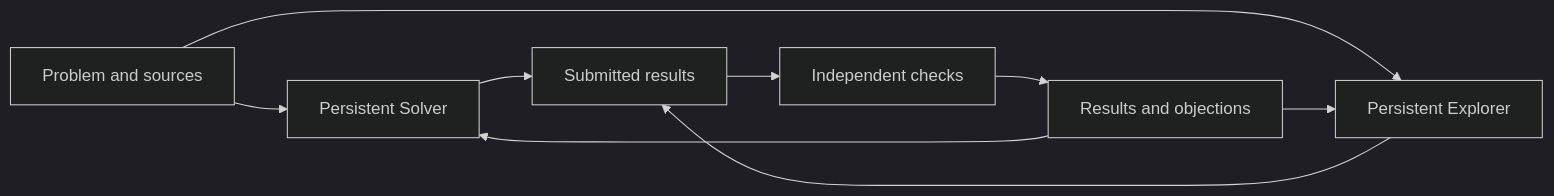
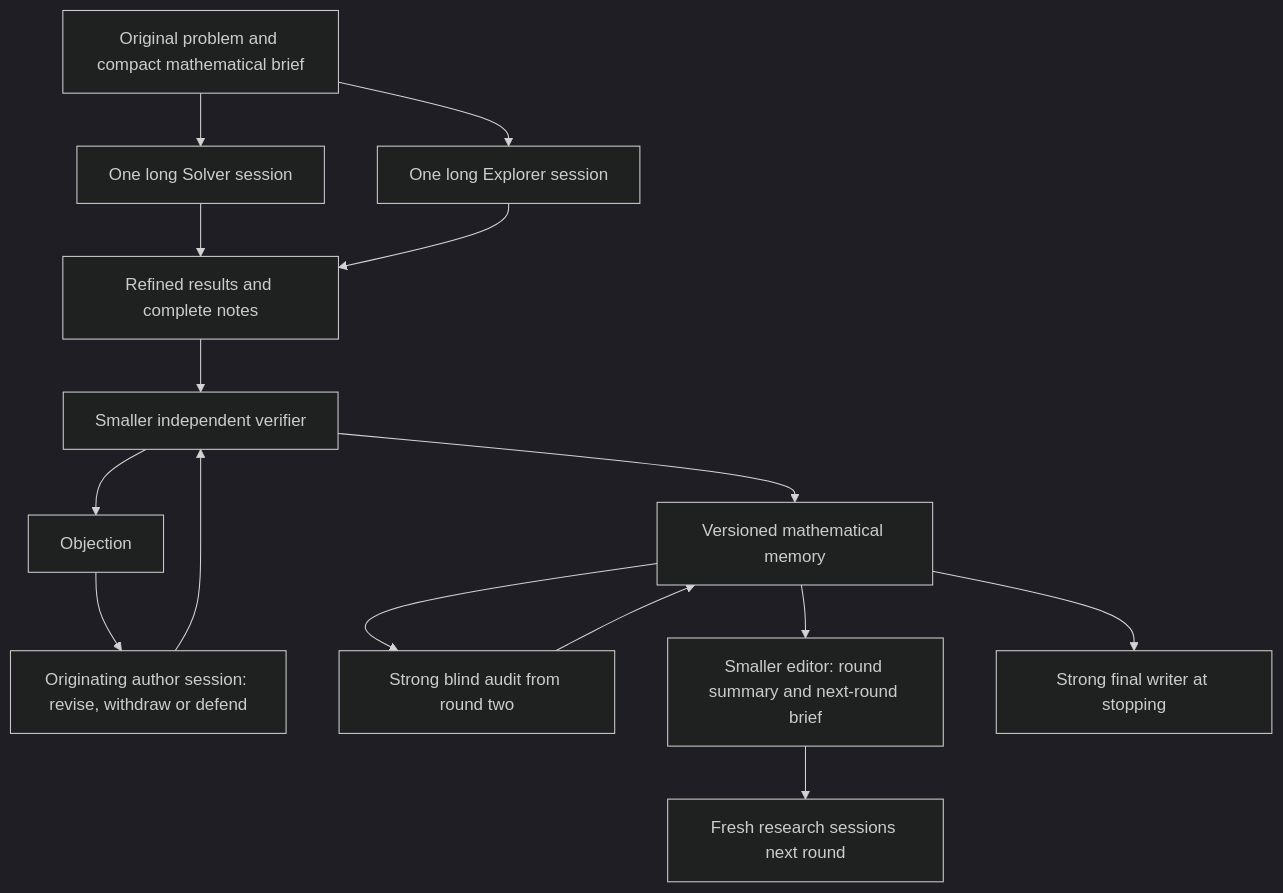
The diagram in SESSION-DESIGN.md (honglu2875/Inventio), drawn with Mermaid (dark theme) before and after one commit. The commit also changed other lines of this file and 4 other files, not shown here.

Commit message:
Refine recurrent research, author repair and memory audit design

````diff
--- a/SESSION-DESIGN.md
+++ b/SESSION-DESIGN.md
@@ -17,11 +27,17 @@
 ```mermaid
-flowchart LR
-    P[Problem and sources] --> S[Persistent Solver]
-    P --> E[Persistent Explorer]
-    S --> Q[Submitted results]
-    E --> Q
-    Q --> V[Independent checks]
-    V --> R[Results and objections]
-    R --> S
-    R --> E
+flowchart TD
+    P[Original problem and compact mathematical brief] --> S[One long Solver session]
+    P --> E[One long Explorer session]
+    S --> R[Refined results and complete notes]
+    E --> R
+    R --> V[Smaller independent verifier]
+    V --> O[Objection]
+    O --> A[Originating author session: revise, withdraw or defend]
+    A --> V
+    V --> M[Versioned mathematical memory]
+    M --> U[Strong blind audit from round two]
+    U --> M
+    M --> C[Smaller editor: round summary and next-round brief]
+    C --> N[Fresh research sessions next round]
+    M --> F[Strong final writer at stopping]
 ```
````
